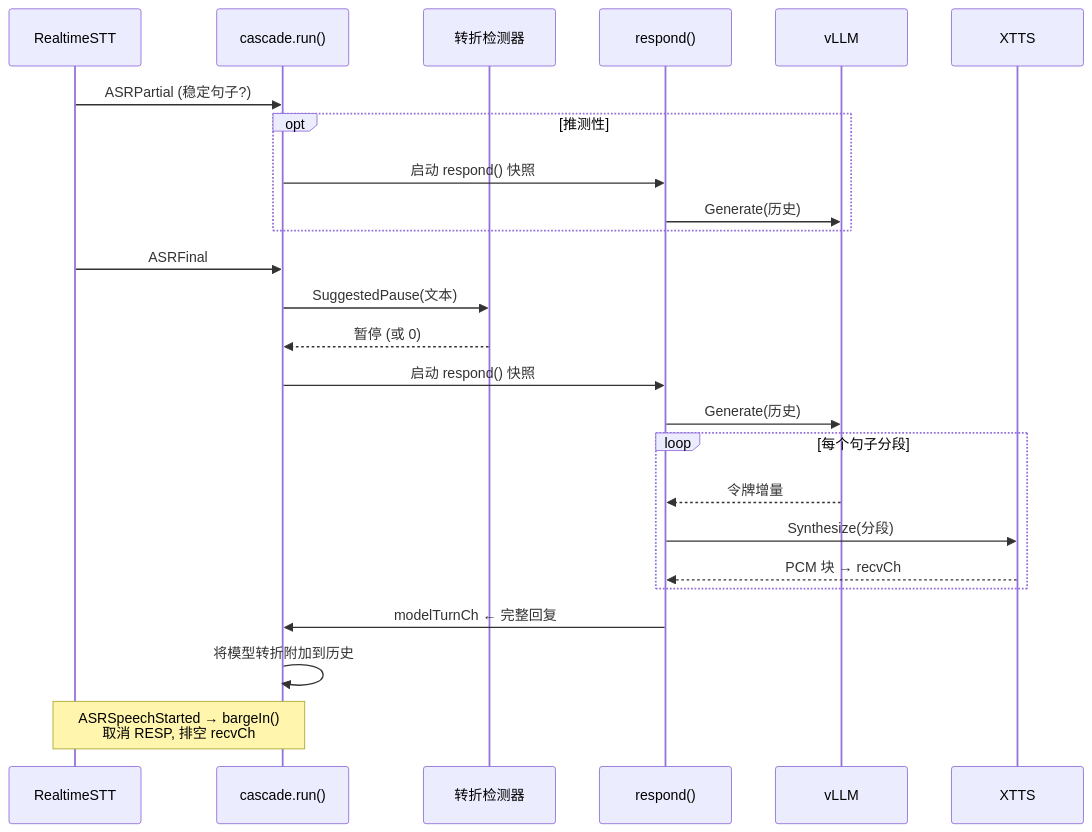
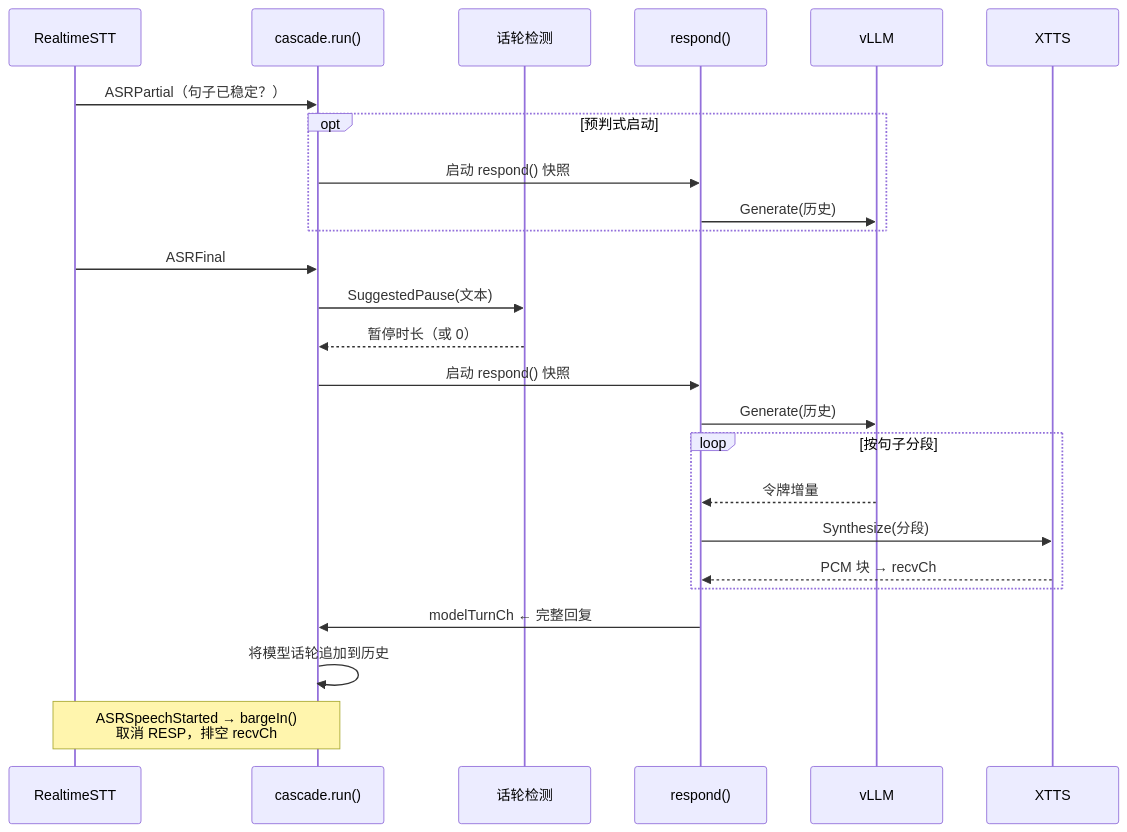
Before and after one commit to thinkinbig/rt_llm_proxy: the fifth of 5 diagrams in docs/ARCHITECTURE_中文.md, drawn with Mermaid. The commit also changed other lines of this file, not shown here.

````diff
--- a/docs/ARCHITECTURE_中文.md
+++ b/docs/ARCHITECTURE_中文.md
@@ -225,29 +225,29 @@
 ```mermaid
 sequenceDiagram
   participant ASR as RealtimeSTT
   participant RUN as cascade.run()
-  participant TD as 转折检测器
+  participant TD as 话轮检测
   participant RESP as respond()
   participant LLM as vLLM
   participant TTS as XTTS
 
-  ASR->>RUN: ASRPartial (稳定句子?)
-  opt 推测性
+  ASR->>RUN: ASRPartial（句子已稳定？）
+  opt 预判式启动
     RUN->>RESP: 启动 respond() 快照
     RESP->>LLM: Generate(历史)
   end
   ASR->>RUN: ASRFinal
   RUN->>TD: SuggestedPause(文本)
-  TD-->>RUN: 暂停 (或 0)
+  TD-->>RUN: 暂停时长（或 0）
   RUN->>RESP: 启动 respond() 快照
   RESP->>LLM: Generate(历史)
-  loop 每个句子分段
+  loop 按句子分段
     LLM-->>RESP: 令牌增量
     RESP->>TTS: Synthesize(分段)
     TTS-->>RESP: PCM 块 → recvCh
   end
   RESP->>RUN: modelTurnCh ← 完整回复
-  RUN->>RUN: 将模型转折附加到历史
+  RUN->>RUN: 将模型话轮追加到历史
 
-  Note over ASR,RUN: ASRSpeechStarted → bargeIn()<br/>取消 RESP, 排空 recvCh
+  Note over ASR,RUN: ASRSpeechStarted → bargeIn()<br/>取消 RESP，排空 recvCh
 ```
````
